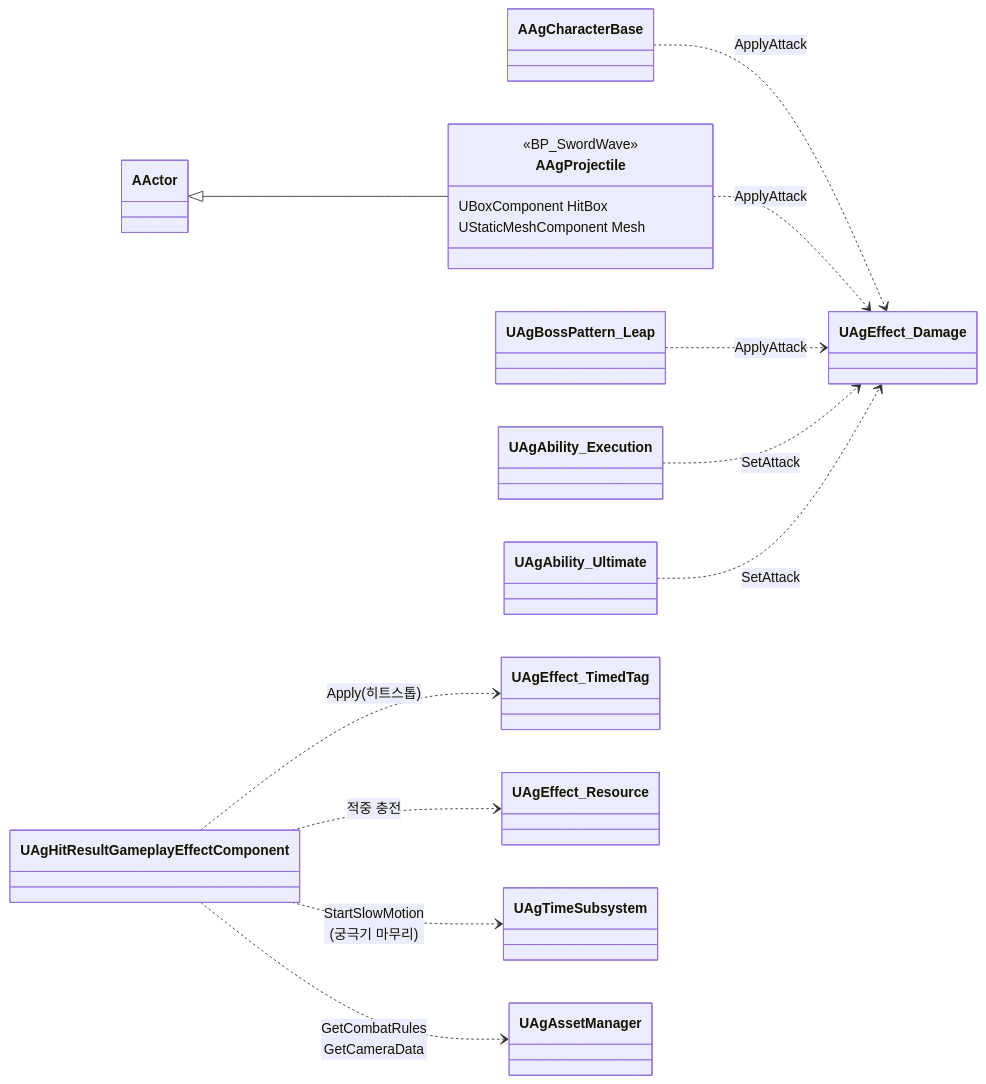
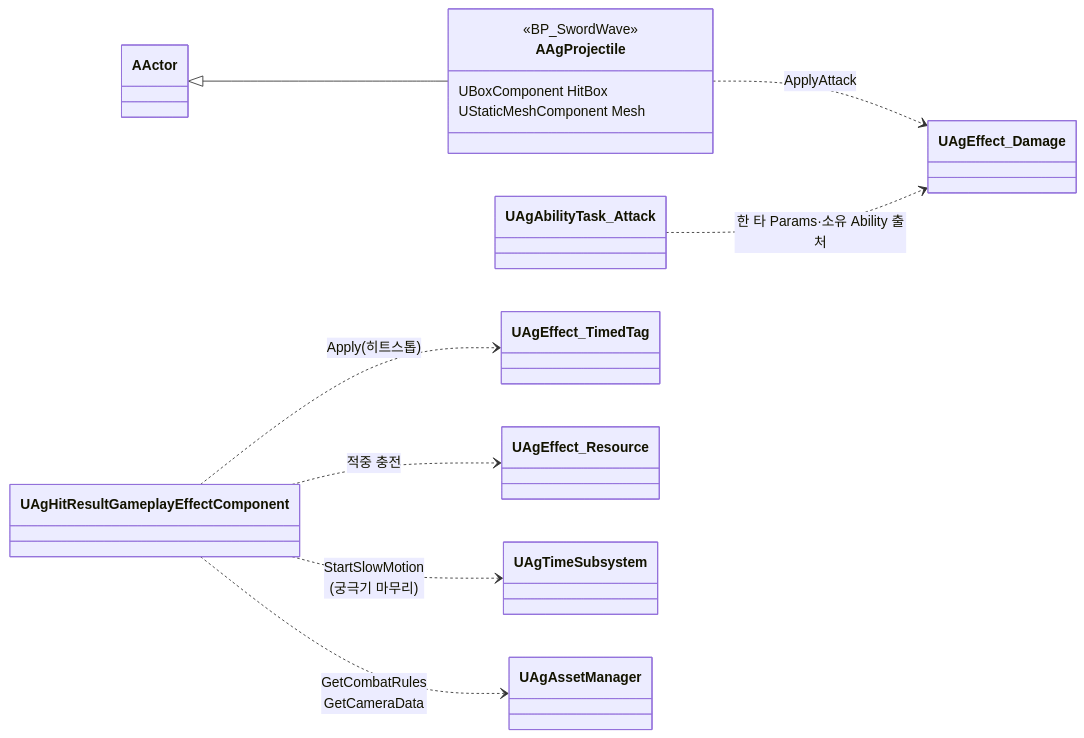
One commit to Woogl/Ag changed the second of 3 diagrams in Docs/Program/대미지와 피격 처리.md. Above: the diagram before and after it, drawn with Mermaid. The commit also changed other lines of this file and 241 other files, not shown here.

Commit message:
구현: 행동을 단일 어빌리티와 AbilityTask 기능으로 재구성

````diff
--- a/Docs/Program/대미지와 피격 처리.md
+++ b/Docs/Program/대미지와 피격 처리.md
@@ -51,20 +51,17 @@
 ```mermaid
 classDiagram
     direction LR
     class AAgProjectile {
         <<BP_SwordWave>>
         UBoxComponent HitBox
         UStaticMeshComponent Mesh
     }
     AActor <|-- AAgProjectile
 
-    AAgCharacterBase ..> UAgEffect_Damage : ApplyAttack
     AAgProjectile ..> UAgEffect_Damage : ApplyAttack
-    UAgBossPattern_Leap ..> UAgEffect_Damage : ApplyAttack
-    UAgAbility_Execution ..> UAgEffect_Damage : SetAttack
-    UAgAbility_Ultimate ..> UAgEffect_Damage : SetAttack
+    UAgAbilityTask_Attack ..> UAgEffect_Damage : 한 타 Params·소유 Ability 출처
     UAgHitResultGameplayEffectComponent ..> UAgEffect_TimedTag : Apply(히트스톱)
     UAgHitResultGameplayEffectComponent ..> UAgEffect_Resource : 적중 충전
     UAgHitResultGameplayEffectComponent ..> UAgTimeSubsystem : StartSlowMotion<br>(궁극기 마무리)
     UAgHitResultGameplayEffectComponent ..> UAgAssetManager : GetCombatRules<br>GetCameraData
 ```
````
